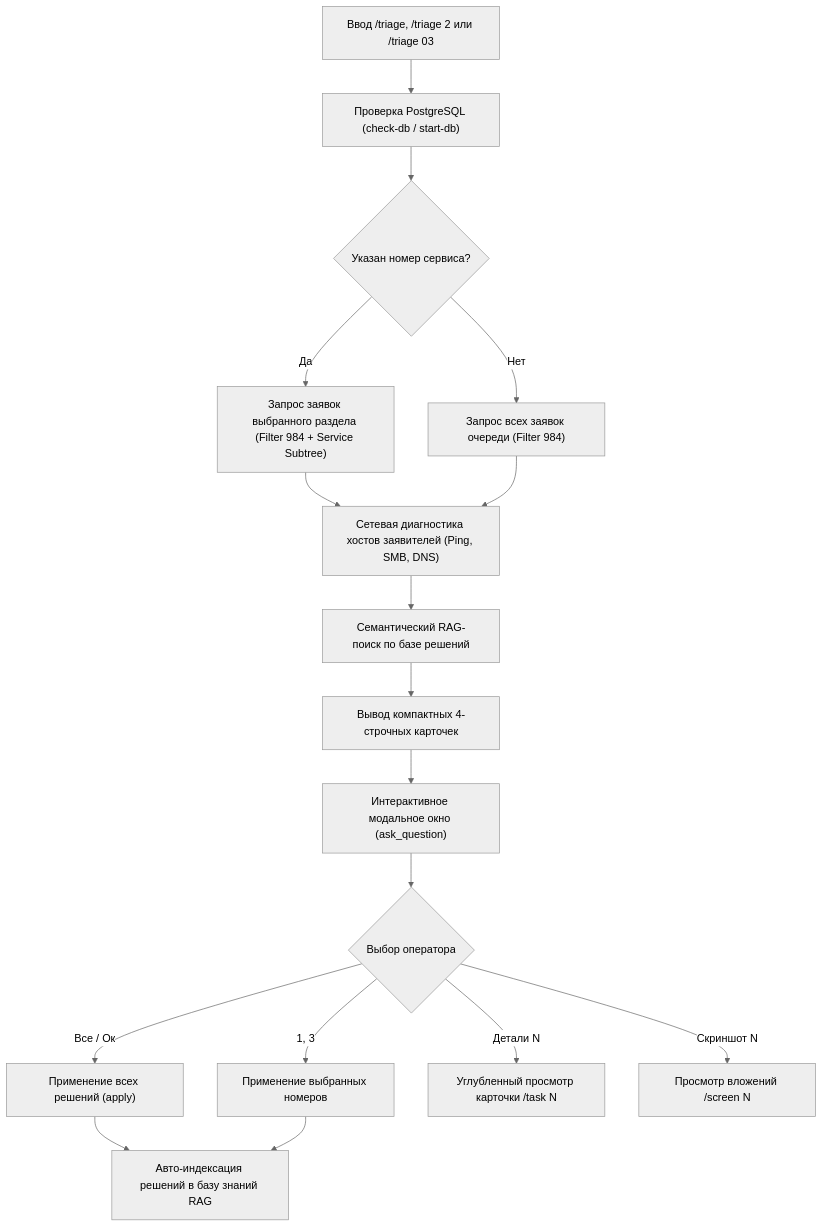
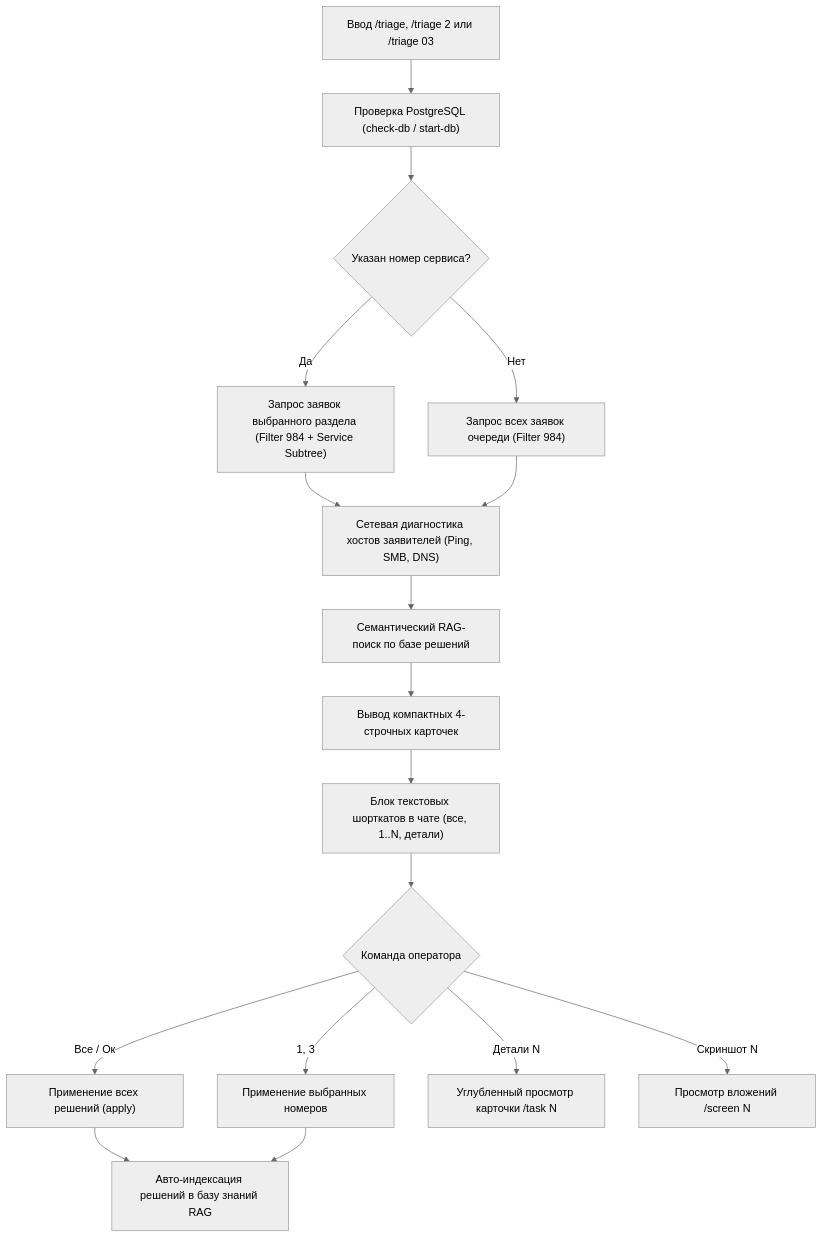
Before and after one commit to Unlesssebl/IntraLink: the first of 2 diagrams in helpdesk_agent/docs/WORKFLOWS.md, drawn with Mermaid (neutral theme). The commit also changed other lines of this file and 2 other files, not shown here.

````diff
--- a/helpdesk_agent/docs/WORKFLOWS.md
+++ b/helpdesk_agent/docs/WORKFLOWS.md
@@ -41,19 +44,19 @@
 ```mermaid
 graph TD
     A["Ввод /triage, /triage 2 или /triage 03"] --> B["Проверка PostgreSQL (check-db / start-db)"]
     B --> C{"Указан номер сервиса?"}
     C -->|Да| D1["Запрос заявок выбранного раздела (Filter 984 + Service Subtree)"]
     C -->|Нет| D2["Запрос всех заявок очереди (Filter 984)"]
     D1 --> E["Сетевая диагностика хостов заявителей (Ping, SMB, DNS)"]
     D2 --> E
     E --> F["Семантический RAG-поиск по базе решений"]
     F --> G["Вывод компактных 4-строчных карточек"]
-    G --> H["Интерактивное модальное окно (ask_question)"]
-    H --> I{"Выбор оператора"}
+    G --> H["Блок текстовых шорткатов в чате (все, 1..N, детали)"]
+    H --> I{"Команда оператора"}
     I -->|"Все / Ок"| J["Применение всех решений (apply)"]
     I -->|"1, 3"| K["Применение выбранных номеров"]
     I -->|"Детали N"| L["Углубленный просмотр карточки /task N"]
     I -->|"Скриншот N"| M["Просмотр вложений /screen N"]
     J --> N["Авто-индексация решений в базу знаний RAG"]
     K --> N
 ```
````
